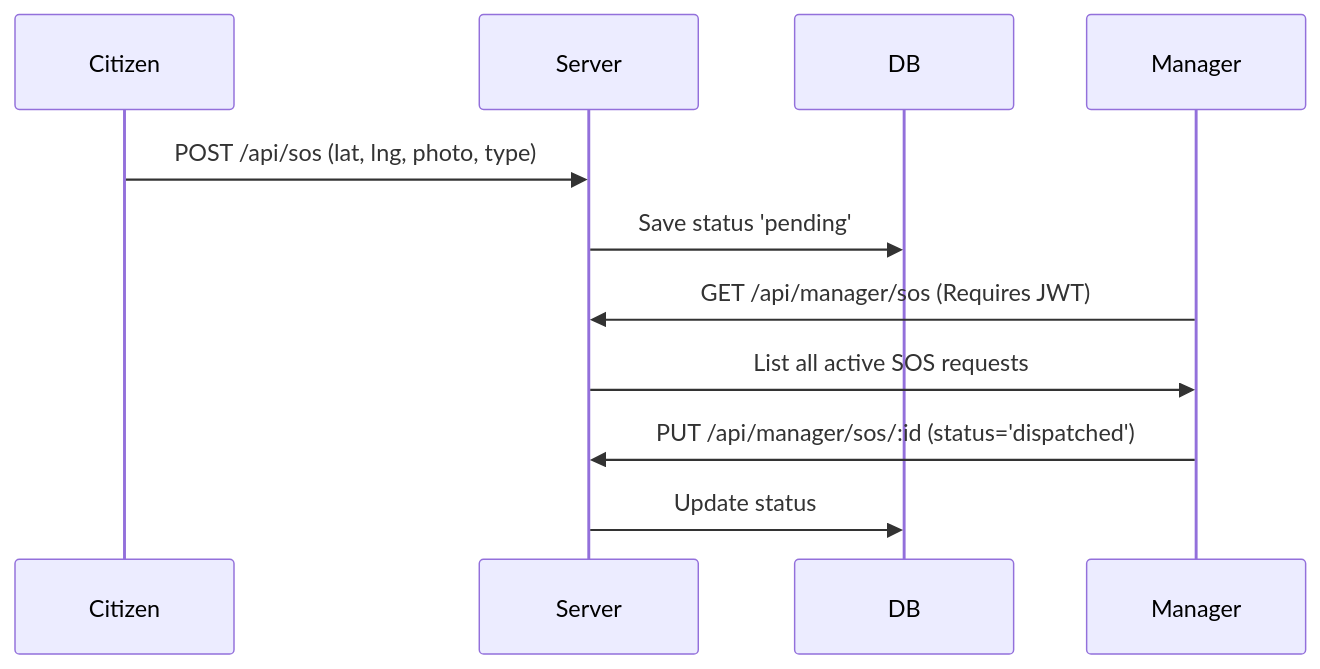
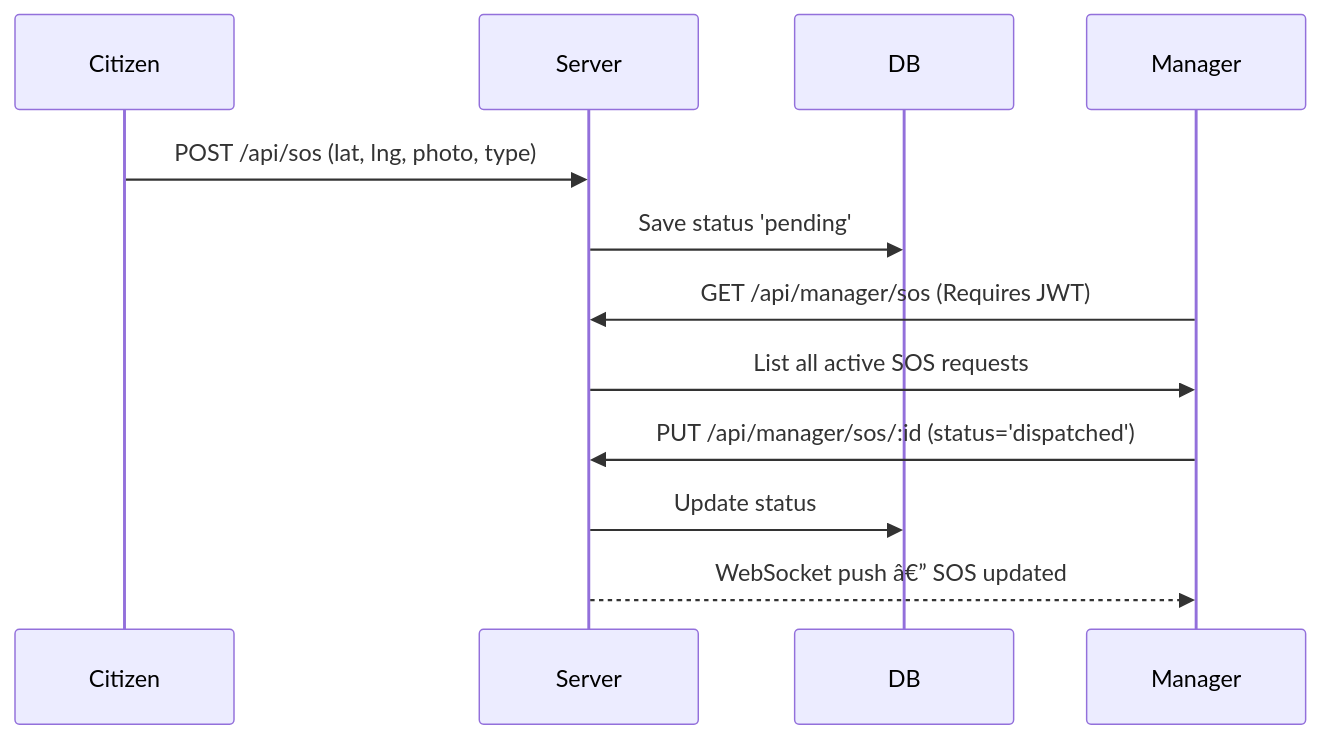
The seventh of 9 diagrams in README.md (omcodes16/make-to-win), drawn with Mermaid before and after one commit. The commit also changed other lines of this file and 32 other files, not shown here.

Commit message:
feat: add saved chats, accuracy sidebar, NWP visualizer; update README with full website flowchart & feature docs

````diff
--- a/README.md
+++ b/README.md
@@ -225,14 +387,15 @@
 ```mermaid
 sequenceDiagram
     participant Citizen
     participant Server
     participant DB
     participant Manager
-    
+
     Citizen->>Server: POST /api/sos (lat, lng, photo, type)
     Server->>DB: Save status 'pending'
     Manager->>Server: GET /api/manager/sos (Requires JWT)
     Server->>Manager: List all active SOS requests
     Manager->>Server: PUT /api/manager/sos/:id (status='dispatched')
     Server->>DB: Update status
+    Server-->>Manager: WebSocket push â€” SOS updated
 ```
````
